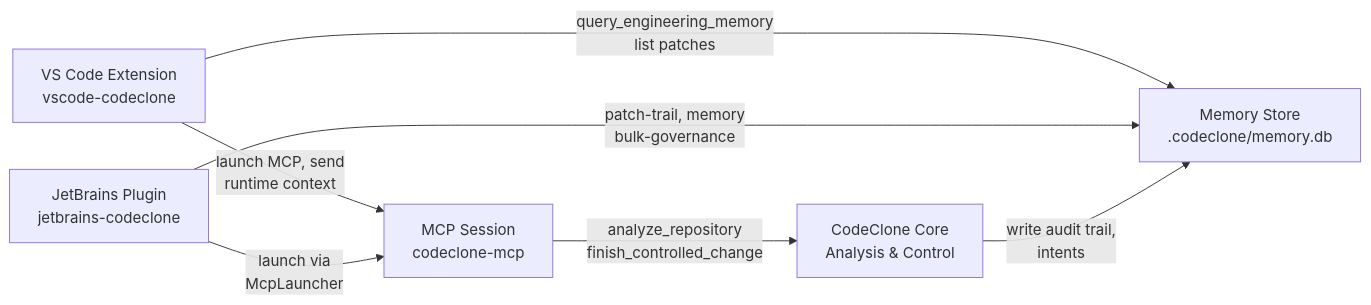
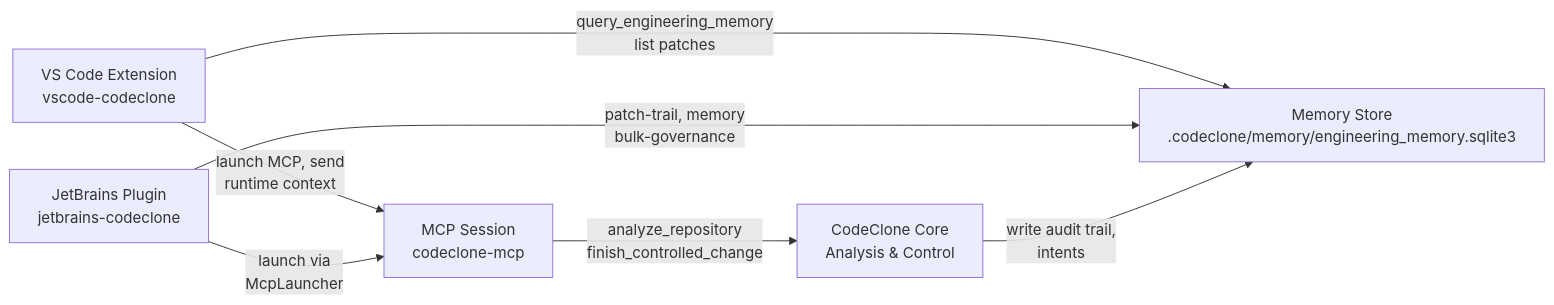
One commit to orenlab/codeclone changed the diagram in docs/internal/surfaces/ide-integrations.md. Above: the diagram before and after it, drawn with Mermaid. The commit also changed other lines of this file and 38 other files, not shown here.

````diff
--- a/docs/internal/surfaces/ide-integrations.md
+++ b/docs/internal/surfaces/ide-integrations.md
@@ -31,9 +31,9 @@
 ```mermaid
 graph LR
     A["VS Code Extension<br/>vscode-codeclone"] -->|"launch MCP, send<br/>runtime context"| B["MCP Session<br/>codeclone-mcp"]
     C["JetBrains Plugin<br/>jetbrains-codeclone"] -->|"launch via<br/>McpLauncher"| B
     B -->|"analyze_repository<br/>finish_controlled_change"| D["CodeClone Core<br/>Analysis & Control"]
-    A -->|"query_engineering_memory<br/>list patches"| E["Memory Store<br/>.codeclone/memory.db"]
+    A -->|"query_engineering_memory<br/>list patches"| E["Memory Store<br/>.codeclone/memory/engineering_memory.sqlite3"]
     C -->|"patch-trail, memory<br/>bulk-governance"| E
     D -->|"write audit trail,<br/>intents"| E
 ```
````
